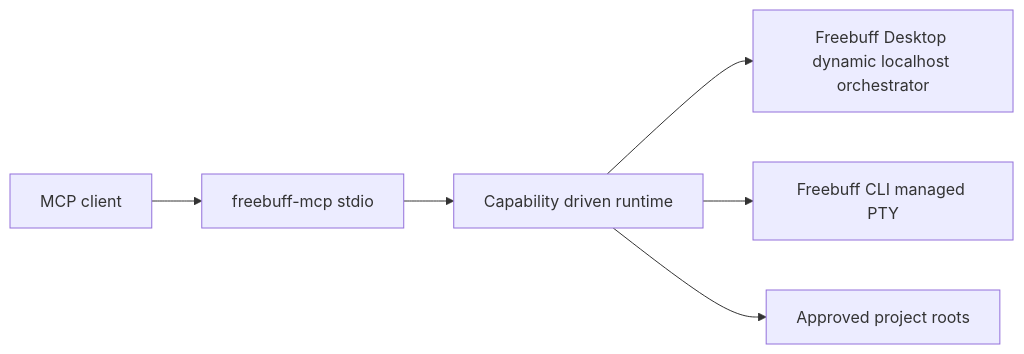
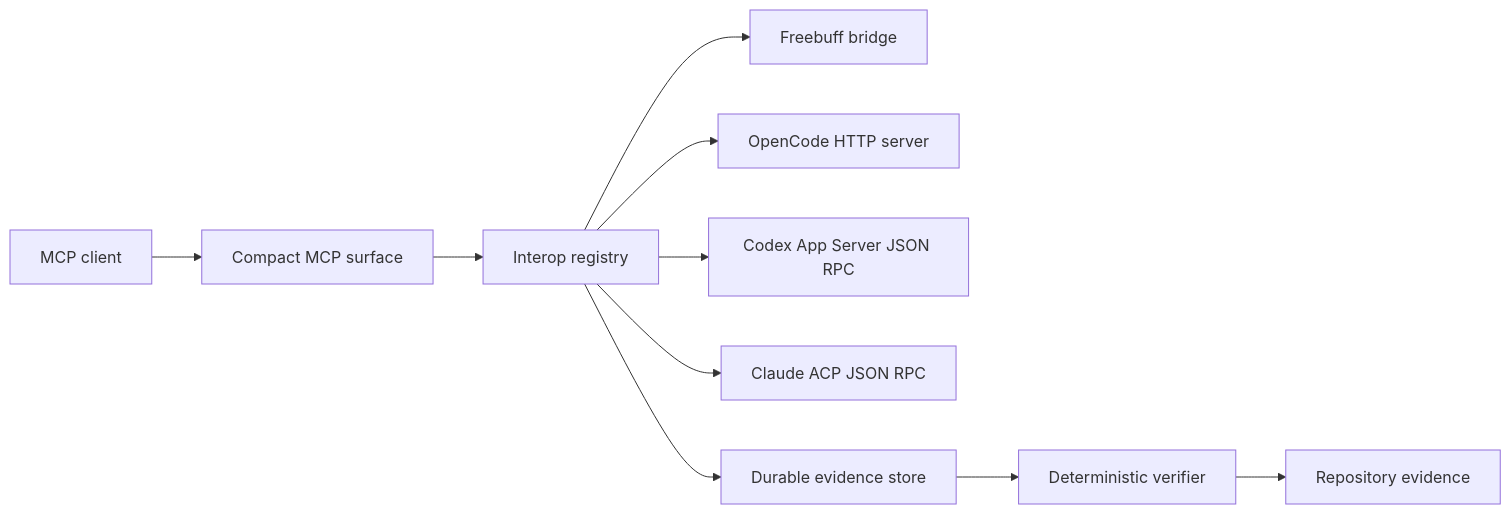
One commit to Praket7/agent-interop-runtime changed the diagram in docs/architecture.md. Above: the diagram before and after it, drawn with Mermaid. The commit also changed other lines of this file and 16 other files, not shown here.

````diff
--- a/docs/architecture.md
+++ b/docs/architecture.md
@@ -9,8 +15,12 @@
 ```mermaid
 flowchart LR
-  Client[MCP client] --> Stdio[freebuff-mcp stdio]
-  Stdio --> Runtime[Capability driven runtime]
-  Runtime --> Desktop[Freebuff Desktop dynamic localhost orchestrator]
-  Runtime --> CLI[Freebuff CLI managed PTY]
-  Runtime --> Files[Approved project roots]
+  Client[MCP client] --> Northbound[Compact MCP surface]
+  Northbound --> Registry[Interop registry]
+  Registry --> Freebuff[Freebuff bridge]
+  Registry --> OpenCode[OpenCode HTTP server]
+  Registry --> Codex[Codex App Server JSON RPC]
+  Registry --> Claude[Claude ACP JSON RPC]
+  Registry --> Evidence[Durable evidence store]
+  Evidence --> Verify[Deterministic verifier]
+  Verify --> Git[Repository evidence]
 ```
````
